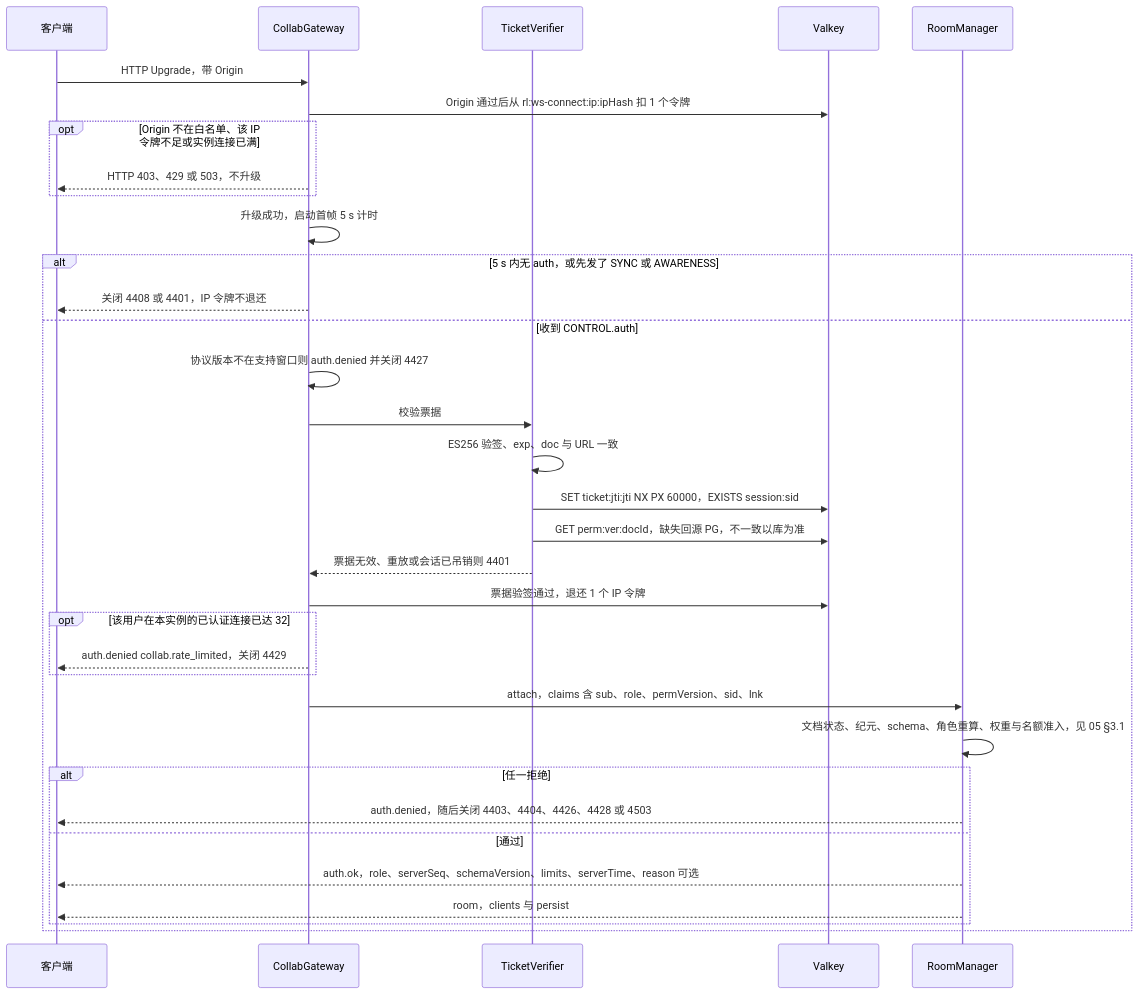
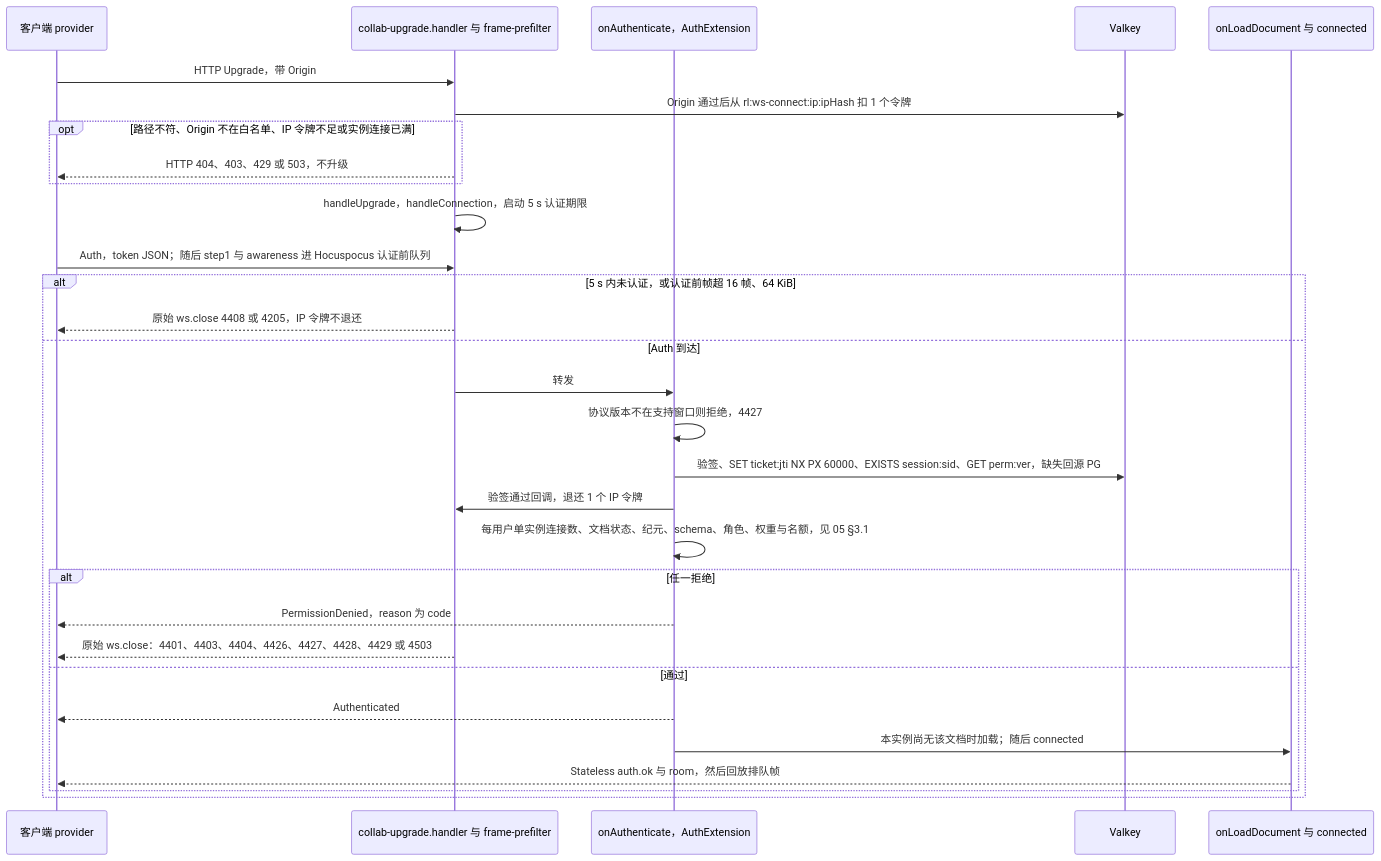
Before and after one commit to Xeonice/cordis-ppt-editor: the first of 5 diagrams in docs/60-backend/16-ws-protocol-server-view.md, drawn with Mermaid. The commit also changed other lines of this file and 19 other files, not shown here.

````diff
--- a/docs/60-backend/16-ws-protocol-server-view.md
+++ b/docs/60-backend/16-ws-protocol-server-view.md
@@ -28,36 +33,32 @@
 ```mermaid
 sequenceDiagram
-  participant C as 客户端
-  participant G as CollabGateway
-  participant TV as TicketVerifier
+  participant C as 客户端 provider
+  participant U as collab-upgrade.handler 与 frame-prefilter
+  participant A as onAuthenticate，AuthExtension
   participant VK as Valkey
-  participant RM as RoomManager
-  C->>G: HTTP Upgrade，带 Origin
-  G->>VK: Origin 通过后从 rl:ws-connect:ip:ipHash 扣 1 个令牌
-  opt Origin 不在白名单、该 IP 令牌不足或实例连接已满
-    G-->>C: HTTP 403、429 或 503，不升级
+  participant R as onLoadDocument 与 connected
+  C->>U: HTTP Upgrade，带 Origin
+  U->>VK: Origin 通过后从 rl:ws-connect:ip:ipHash 扣 1 个令牌
+  opt 路径不符、Origin 不在白名单、IP 令牌不足或实例连接已满
+    U-->>C: HTTP 404、403、429 或 503，不升级
   end
-  G->>G: 升级成功，启动首帧 5 s 计时
-  alt 5 s 内无 auth，或先发了 SYNC 或 AWARENESS
-    G-->>C: 关闭 4408 或 4401，IP 令牌不退还
-  else 收到 CONTROL.auth
-    G->>G: 协议版本不在支持窗口则 auth.denied 并关闭 4427
-    G->>TV: 校验票据
-    TV->>TV: ES256 验签、exp、doc 与 URL 一致
-    TV->>VK: SET ticket:jti:jti NX PX 60000，EXISTS session:sid
-    TV->>VK: GET perm:ver:docId，缺失回源 PG，不一致以库为准
-    TV-->>G: 票据无效、重放或会话已吊销则 4401
-    G->>VK: 票据验签通过，退还 1 个 IP 令牌
-    opt 该用户在本实例的已认证连接已达 32
-      G-->>C: auth.denied collab.rate_limited，关闭 4429
-    end
-    G->>RM: attach，claims 含 sub、role、permVersion、sid、lnk
-    RM->>RM: 文档状态、纪元、schema、角色重算、权重与名额准入，见 05 §3.1
+  U->>U: handleUpgrade，handleConnection，启动 5 s 认证期限
+  C->>U: Auth，token JSON；随后 step1 与 awareness 进 Hocuspocus 认证前队列
+  alt 5 s 内未认证，或认证前帧超 16 帧、64 KiB
+    U-->>C: 原始 ws.close 4408 或 4205，IP 令牌不退还
+  else Auth 到达
+    U->>A: 转发
+    A->>A: 协议版本不在支持窗口则拒绝，4427
+    A->>VK: 验签、SET ticket:jti NX PX 60000、EXISTS session:sid、GET perm:ver，缺失回源 PG
+    A->>U: 验签通过回调，退还 1 个 IP 令牌
+    A->>A: 每用户单实例连接数、文档状态、纪元、schema、角色、权重与名额，见 05 §3.1
     alt 任一拒绝
-      RM-->>C: auth.denied，随后关闭 4403、4404、4426、4428 或 4503
+      A-->>C: PermissionDenied，reason 为 code
+      U-->>C: 原始 ws.close：4401、4403、4404、4426、4427、4428、4429 或 4503
     else 通过
-      RM-->>C: auth.ok，role、serverSeq、schemaVersion、limits、serverTime、reason 可选
-      RM-->>C: room，clients 与 persist
+      A-->>C: Authenticated
+      A->>R: 本实例尚无该文档时加载；随后 connected
+      R-->>C: Stateless auth.ok 与 room，然后回放排队帧
     end
   end
 ```
````
